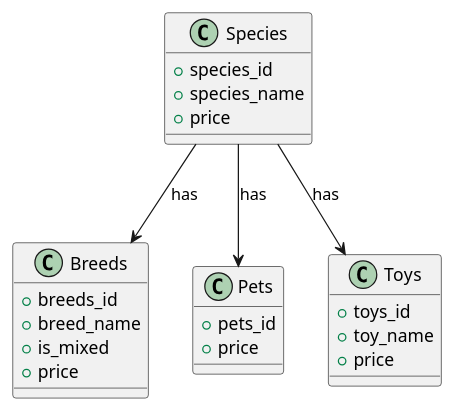
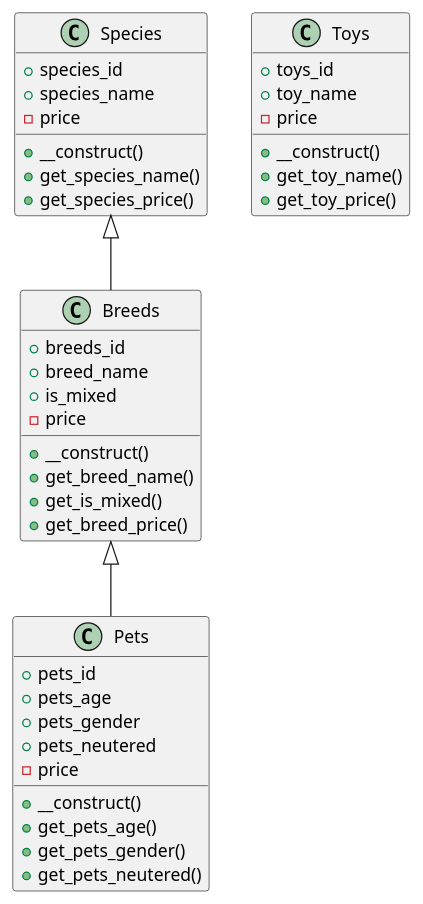
One commit to andreshamburger/block3-adv-web changed the diagram in project-1/project1_andres.puml. Above: the diagram before and after it, drawn with PlantUML. The commit also changed 1 other file, not shown here.

```diff
--- a/project-1/project1_andres.puml
+++ b/project-1/project1_andres.puml
@@ -1,30 +1,44 @@
-@startuml Species
+@startuml Animal Sanctuary
 
 class Species {
   +species_id
   +species_name
-  +price
+  -price
+  +__construct()
+  +get_species_name()
+  +get_species_price()
 }
 
-class Breeds {
+class Breeds extends Species{
   +breeds_id
   +breed_name
   +is_mixed
-  +price
+  -price
+  +__construct()
+  +get_breed_name()
+  +get_is_mixed()
+  +get_breed_price()
 }
 
-class Pets {
+class Pets extends Breeds{
   +pets_id
-  +price
+  +pets_age
+  +pets_gender
+  +pets_neutered
+  -price
+  +__construct()
+  +get_pets_age()
+  +get_pets_gender()
+  +get_pets_neutered()  
 }
 
 class Toys {
   +toys_id
   +toy_name
-  +price
+  -price
+  +__construct()
+  +get_toy_name()
+  +get_toy_price()
 }
 
-Species --> Breeds : has
-Species --> Pets : has
-Species --> Toys : has
 @enduml
```
